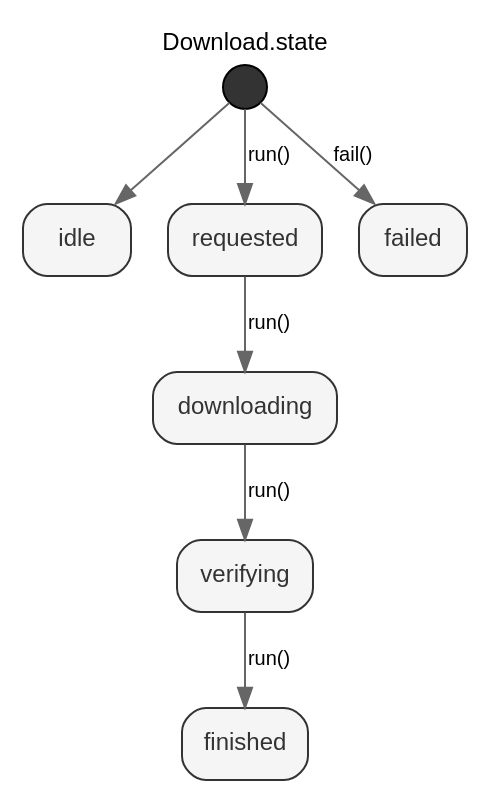
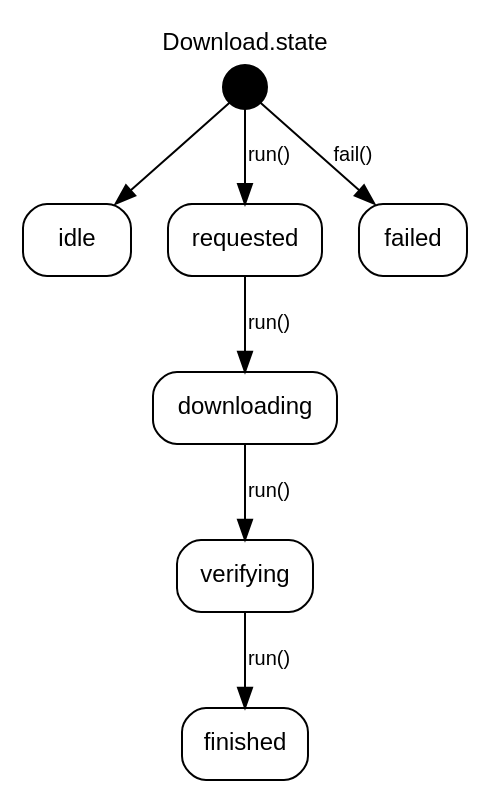
One commit to pauljohanneskraft/Acai changed the diagram in Examples/StateDiagram/Exports/swift.dot. Above: the diagram before and after it, drawn with Graphviz. The commit also changed 44 other files, not shown here.

```diff
--- a/Examples/StateDiagram/Exports/swift.dot
+++ b/Examples/StateDiagram/Exports/swift.dot
@@ -1,23 +1,22 @@
 digraph {
   label="Download.state";
   labelloc=t;
   rankdir=TB;
-  bgcolor="white";
   fontname="Helvetica";
   fontsize=12;
   node [fontname="Helvetica" fontsize=12];
   edge [fontname="Helvetica" fontsize=10];
-  "__initial" [shape=circle style=filled fillcolor="#333333" width=0.3 label=""];
-  "state_idle" [shape=Mrecord style=filled fillcolor="#f5f5f5" color="#333333" fontcolor="#333333" label="idle"];
-  "state_requested" [shape=Mrecord style=filled fillcolor="#f5f5f5" color="#333333" fontcolor="#333333" label="requested"];
-  "state_downloading" [shape=Mrecord style=filled fillcolor="#f5f5f5" color="#333333" fontcolor="#333333" label="downloading"];
-  "state_verifying" [shape=Mrecord style=filled fillcolor="#f5f5f5" color="#333333" fontcolor="#333333" label="verifying"];
-  "state_finished" [shape=Mrecord style=filled fillcolor="#f5f5f5" color="#333333" fontcolor="#333333" label="finished"];
-  "state_failed" [shape=Mrecord style=filled fillcolor="#f5f5f5" color="#333333" fontcolor="#333333" label="failed"];
-  "__initial" -> "state_idle" [color="#666666"];
-  "__initial" -> "state_requested" [color="#666666" label="run()"];
-  "state_requested" -> "state_downloading" [color="#666666" label="run()"];
-  "state_downloading" -> "state_verifying" [color="#666666" label="run()"];
-  "state_verifying" -> "state_finished" [color="#666666" label="run()"];
-  "__initial" -> "state_failed" [color="#666666" label="fail()"];
+  "__initial" [shape=circle style=filled fillcolor="black" width=0.3 label=""];
+  "state_idle" [shape=Mrecord label="idle"];
+  "state_requested" [shape=Mrecord label="requested"];
+  "state_downloading" [shape=Mrecord label="downloading"];
+  "state_verifying" [shape=Mrecord label="verifying"];
+  "state_finished" [shape=Mrecord label="finished"];
+  "state_failed" [shape=Mrecord label="failed"];
+  "__initial" -> "state_idle";
+  "__initial" -> "state_requested" [label="run()"];
+  "state_requested" -> "state_downloading" [label="run()"];
+  "state_downloading" -> "state_verifying" [label="run()"];
+  "state_verifying" -> "state_finished" [label="run()"];
+  "__initial" -> "state_failed" [label="fail()"];
 }
```
